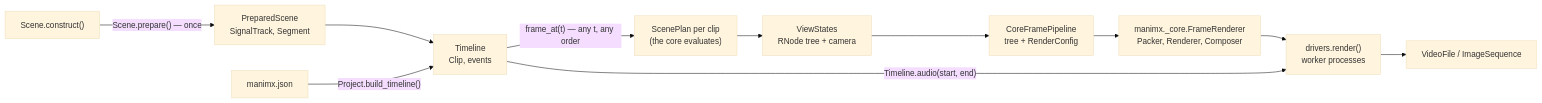
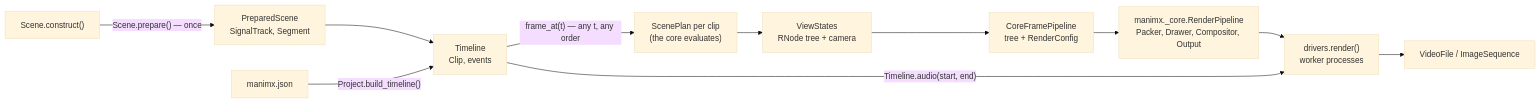
Before and after one commit to MrDiver/manim: the first of 8 diagrams in manimx/ARCHITECTURE.md, drawn with Mermaid (base theme). The commit also changed other lines of this file and 7 other files, not shown here.

First line of the commit message:
manimx: describe the renderer by its new structure

````diff
--- a/manimx/ARCHITECTURE.md
+++ b/manimx/ARCHITECTURE.md
@@ -69,13 +69,13 @@
 ```mermaid
 flowchart LR
     Code["Scene.construct()"] -->|"Scene.prepare() — once"| PS["PreparedScene<br/>SignalTrack, Segment"]
     PS --> TL["Timeline<br/>Clip, events"]
     Proj["manimx.json"] -->|"Project.build_timeline()"| TL
     TL -->|"frame_at(t) — any t, any order"| Plan["ScenePlan per clip<br/>(the core evaluates)"]
     Plan --> V["ViewStates<br/>RNode tree + camera"]
     V --> CP["CoreFramePipeline<br/>tree + RenderConfig"]
-    CP --> Core["manimx._core.FrameRenderer<br/>Packer, Renderer, Composer"]
+    CP --> Core["manimx._core.RenderPipeline<br/>Packer, Drawer, Compositor, Output"]
     Core --> D["drivers.render()<br/>worker processes"]
     D --> Out["VideoFile / ImageSequence"]
     TL -->|"Timeline.audio(start, end)"| D
 ```
````
